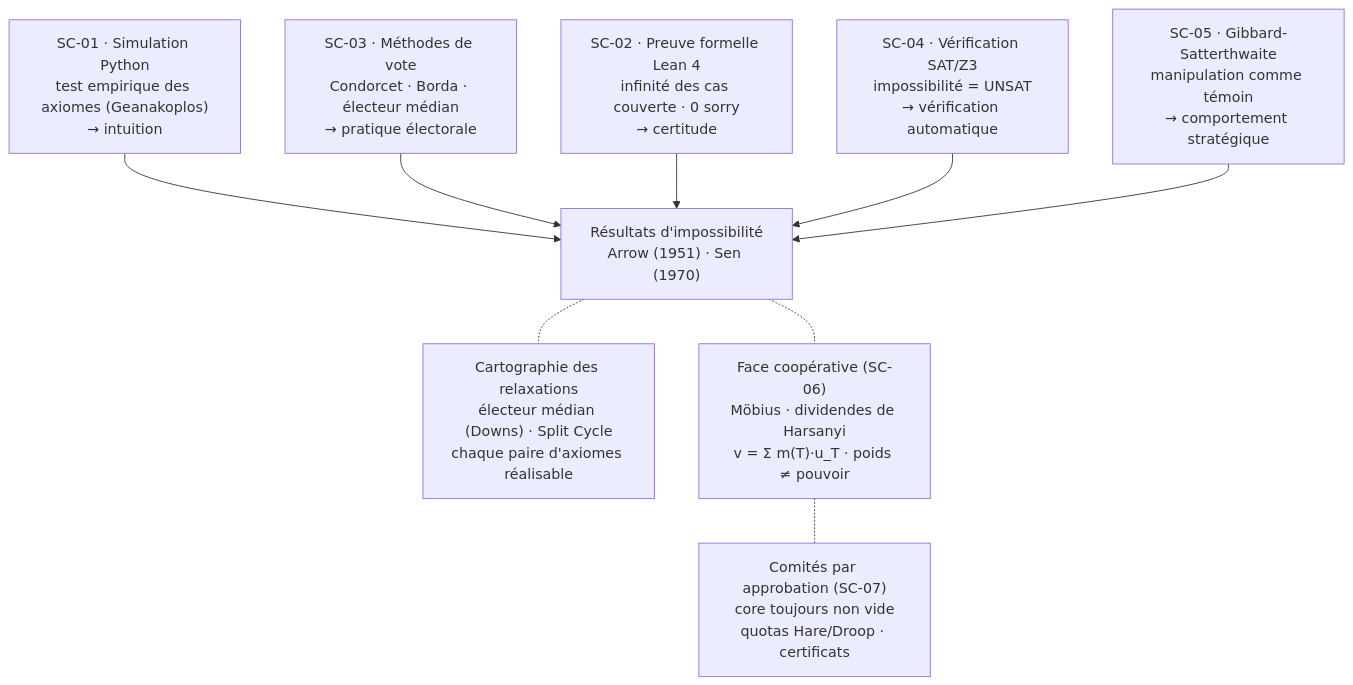
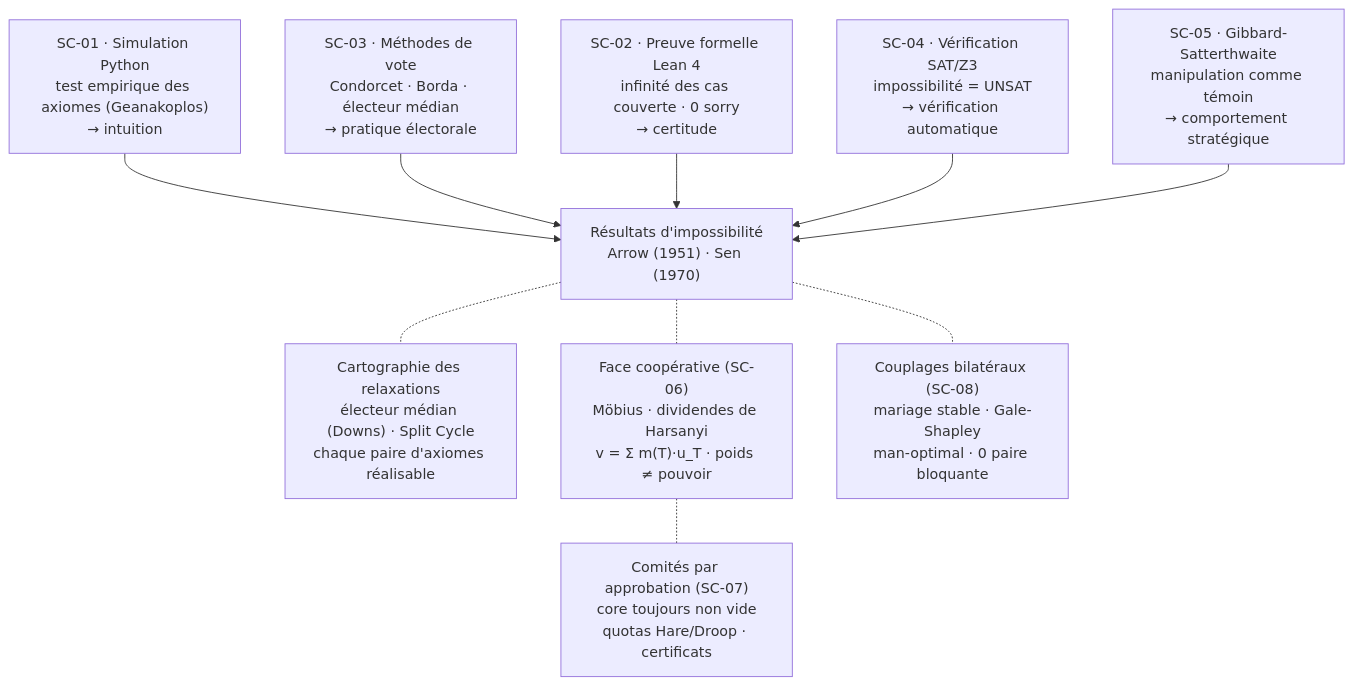
One commit to jsboige/CoursIA changed the diagram in MyIA.AI.Notebooks/GameTheory/SocialChoice/README.md. Above: the diagram before and after it, drawn with Mermaid. The commit also changed other lines of this file and 2 other files, not shown here.

Commit message:
@feat(notebook,#19681): add SC-08 Mariage Stable -- Gale-Shapley + twin with game_theory_lean/StableMarriage
Notebook SC-08 (slot 02 in the SocialChoice series) implements the Gale-Shapley
deferred acceptance algorithm in Python, traces it step-by-step on a Knuth n=4
worked example, then verifies the two fundamental guarantees (stability and
man-optimality) by exhaustive enumeration of the n!=24 matchings. It is the
Python twin of the Lean 4 lake game_theory_lean/StableMarriage/ (4574 lines, 0
sorry on the main theorems gale_shapley_stable and gale_shapley_man_optimal).

Acceptance:
- papermill 9/9 cells OK, 0 errors
- 0 raise NotImplementedError, 0 assert False, 0 1/0 (C.1)
- 9 code cells, 19 markdown cells (no consecutive code cells)
- 3+ exercises (Ex1: women-propose, Ex2: woman-pessimality, Ex3: random profiles)
- nav chain 0 NEW (prev=01b, next=03)
- _quarto.yml entry added (per c.1131-N1 for .html link)
- README.md: SC-08 row + Mermaid node
- prose-counts: aucun compteur quantitatif en prose
- pre-commit: gitleaks OK, scrub-papermill-paths fixed, strip-probe-banners OK

See #19681
@

````diff
--- a/MyIA.AI.Notebooks/GameTheory/SocialChoice/README.md
+++ b/MyIA.AI.Notebooks/GameTheory/SocialChoice/README.md
@@ -50,19 +51,20 @@
 ```mermaid
 flowchart TD
     Result["Résultats d'impossibilité<br/>Arrow (1951) · Sen (1970)"]
 
     E1["SC-01 · Simulation Python<br/>test empirique des axiomes (Geanakoplos)<br/>→ intuition"]
     E2["SC-03 · Méthodes de vote<br/>Condorcet · Borda · électeur médian<br/>→ pratique électorale"]
     E3["SC-02 · Preuve formelle Lean 4<br/>infinité des cas couverte · 0 sorry<br/>→ certitude"]
     E4["SC-04 · Vérification SAT/Z3<br/>impossibilité = UNSAT<br/>→ vérification automatique"]
     E5["SC-05 · Gibbard-Satterthwaite<br/>manipulation comme témoin<br/>→ comportement stratégique"]
 
     E1 --> Result
     E2 --> Result
     E3 --> Result
     E4 --> Result
     E5 --> Result
     Result -.- Relax["Cartographie des relaxations<br/>électeur médian (Downs) · Split Cycle<br/>chaque paire d'axiomes réalisable"]
     Result -.- Coop["Face coopérative (SC-06)<br/>Möbius · dividendes de Harsanyi<br/>v = Σ m(T)·u_T · poids ≠ pouvoir"]
     Coop -.- Comm["Comités par approbation (SC-07)<br/>core toujours non vide<br/>quotas Hare/Droop · certificats"]
+    Result -.- Match["Couplages bilatéraux (SC-08)<br/>mariage stable · Gale-Shapley<br/>man-optimal · 0 paire bloquante"]
 ```
````
